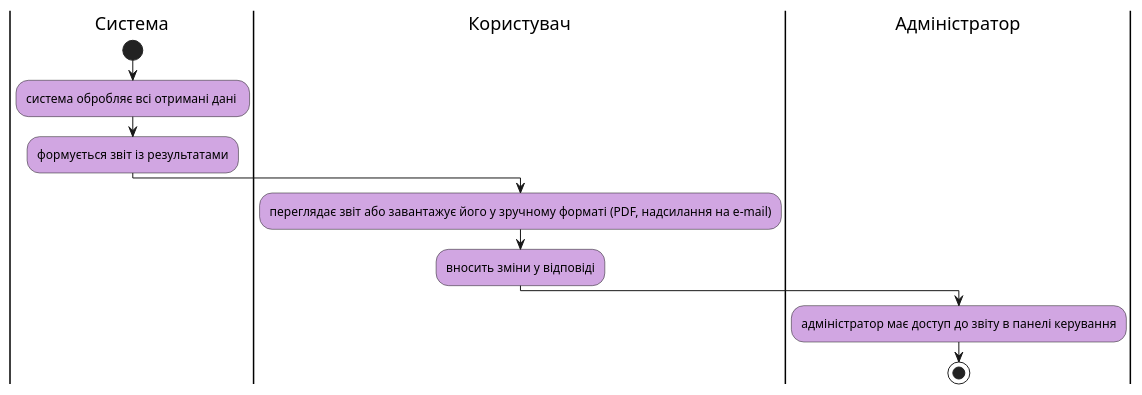
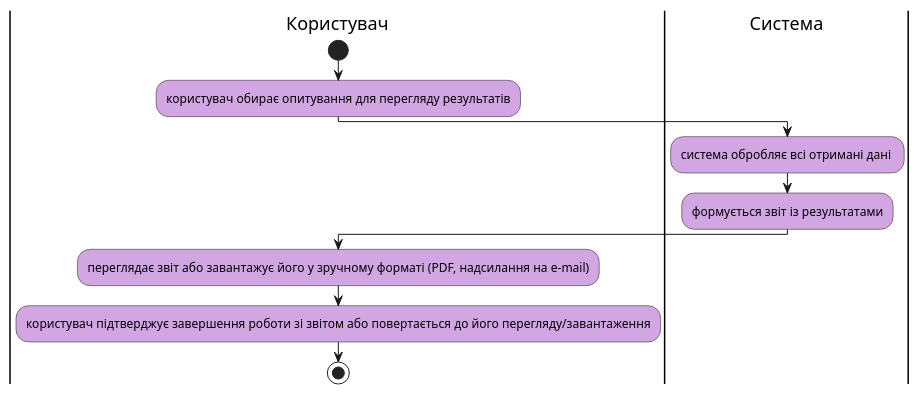
The seventh of 8 diagrams in docs/use cases/README.md (sunnytea0/db_labs_my), drawn with PlantUML before and after one commit. The commit also changed other lines of this file and 1 other file, not shown here.

Commit message:
FIXED UserEditResponses + SurveyResultView

```diff
--- a/docs/use cases/README.md
+++ b/docs/use cases/README.md
@@ -280,19 +282,19 @@
 @startuml
 
     skinparam ActivityBackgroundColor #d1a6e2
 
+    |Користувач|
+    start;
+    :користувач обирає опитування для перегляду результатів;
+
     |Система|
-    start;
     :система обробляє всі отримані дані ;
     :формується звіт із результатами;
 
     |Користувач|
     :переглядає звіт або завантажує його у зручному форматі (PDF, надсилання на e-mail);
-    :вносить зміни у відповіді;
-
-    |Адміністратор|
-    :адміністратор має доступ до звіту в панелі керування;
+    :користувач підтверджує завершення роботи зі звітом або повертається до його перегляду/завантаження;
 
     stop;
 
 @enduml
```
